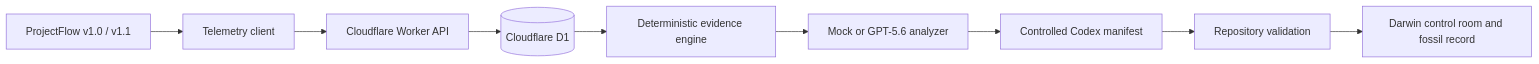
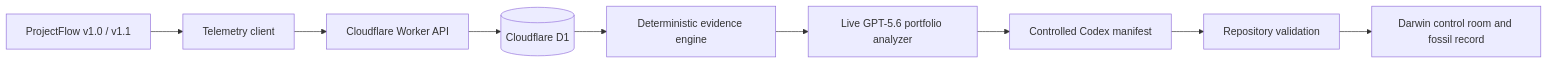
One commit to sjohnston1972/darwin changed the diagram in docs/ARCHITECTURE.md. Above: the diagram before and after it, drawn with Mermaid. The commit also changed other lines of this file and 29 other files, not shown here.

````diff
--- a/docs/ARCHITECTURE.md
+++ b/docs/ARCHITECTURE.md
@@ -3,11 +3,11 @@
 ```mermaid
 flowchart LR
   PF[ProjectFlow v1.0 / v1.1] --> TC[Telemetry client]
   TC --> API[Cloudflare Worker API]
   API --> D1[(Cloudflare D1)]
   D1 --> EE[Deterministic evidence engine]
-  EE --> EA[Mock or GPT-5.6 analyzer]
+  EE --> EA[Live GPT-5.6 portfolio analyzer]
   EA --> CM[Controlled Codex manifest]
   CM --> VR[Repository validation]
   VR --> UI[Darwin control room and fossil record]
 ```
````
